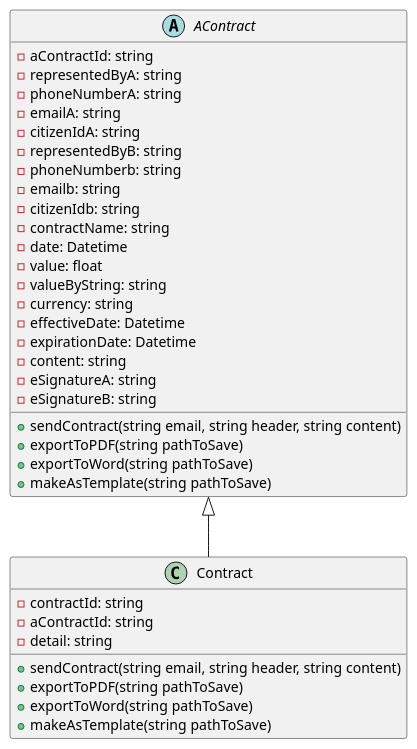
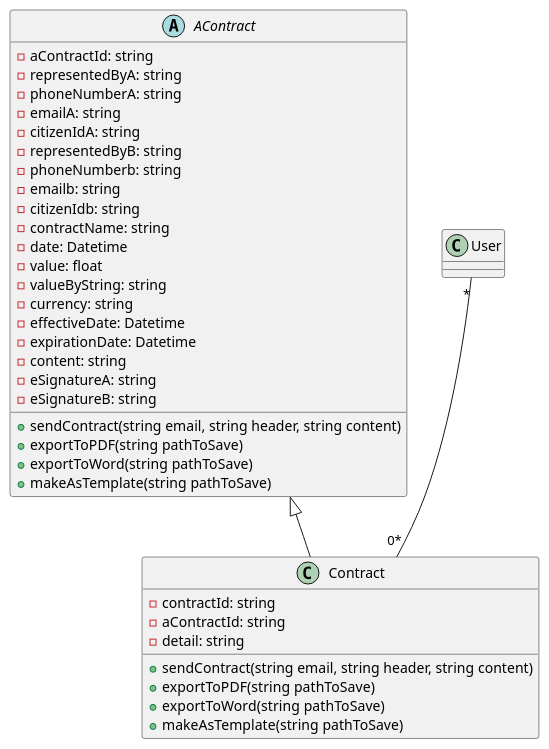
Before and after one commit to QuickyBooster/SE357-Pratice-class: the diagram in Lab1/Lab1.2/Class Diagram/Quản lý hợp đồng.plantuml, drawn with PlantUML. The commit also changed 2 other files, not shown here.

```diff
--- a/Lab1/Lab1.2/Class Diagram/Quản lý hợp đồng.plantuml
+++ b/Lab1/Lab1.2/Class Diagram/Quản lý hợp đồng.plantuml
@@ -1,40 +1,41 @@
 @startuml
 
 abstract class  AContract {
   - aContractId: string
   - representedByA: string
   - phoneNumberA: string
   - emailA: string
   - citizenIdA: string
   - representedByB: string
   - phoneNumberb: string
   - emailb: string
   - citizenIdb: string
   - contractName: string
   - date: Datetime
   - value: float
   - valueByString: string
   - currency: string
   - effectiveDate: Datetime
   - expirationDate: Datetime
   - content: string
   - eSignatureA: string
   - eSignatureB: string
   + sendContract(string email, string header, string content)
   + exportToPDF(string pathToSave)
   + exportToWord(string pathToSave)
   + makeAsTemplate(string pathToSave)
 }
 
 class Contract {
   - contractId: string
   - aContractId: string
   - detail: string
   + sendContract(string email, string header, string content)
   + exportToPDF(string pathToSave)
   + exportToWord(string pathToSave)
   + makeAsTemplate(string pathToSave)
 }
 class Contract extends AContract
+User "*"--"0*"Contract
 
 @enduml
```
